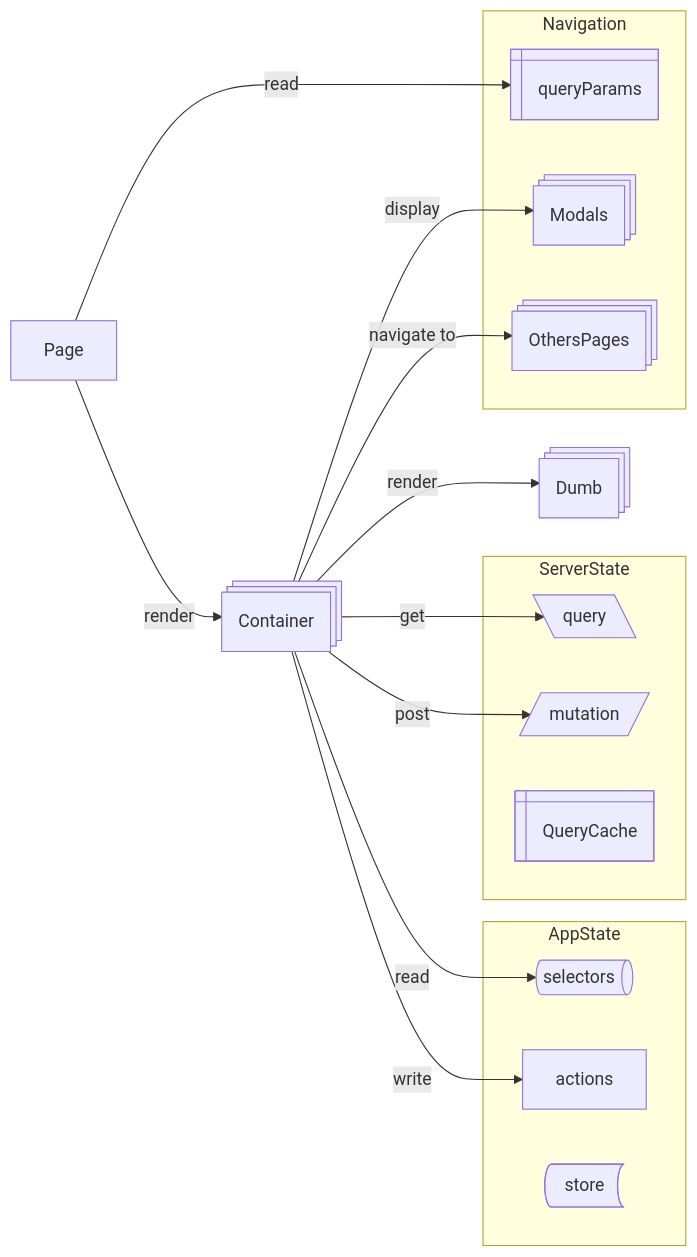
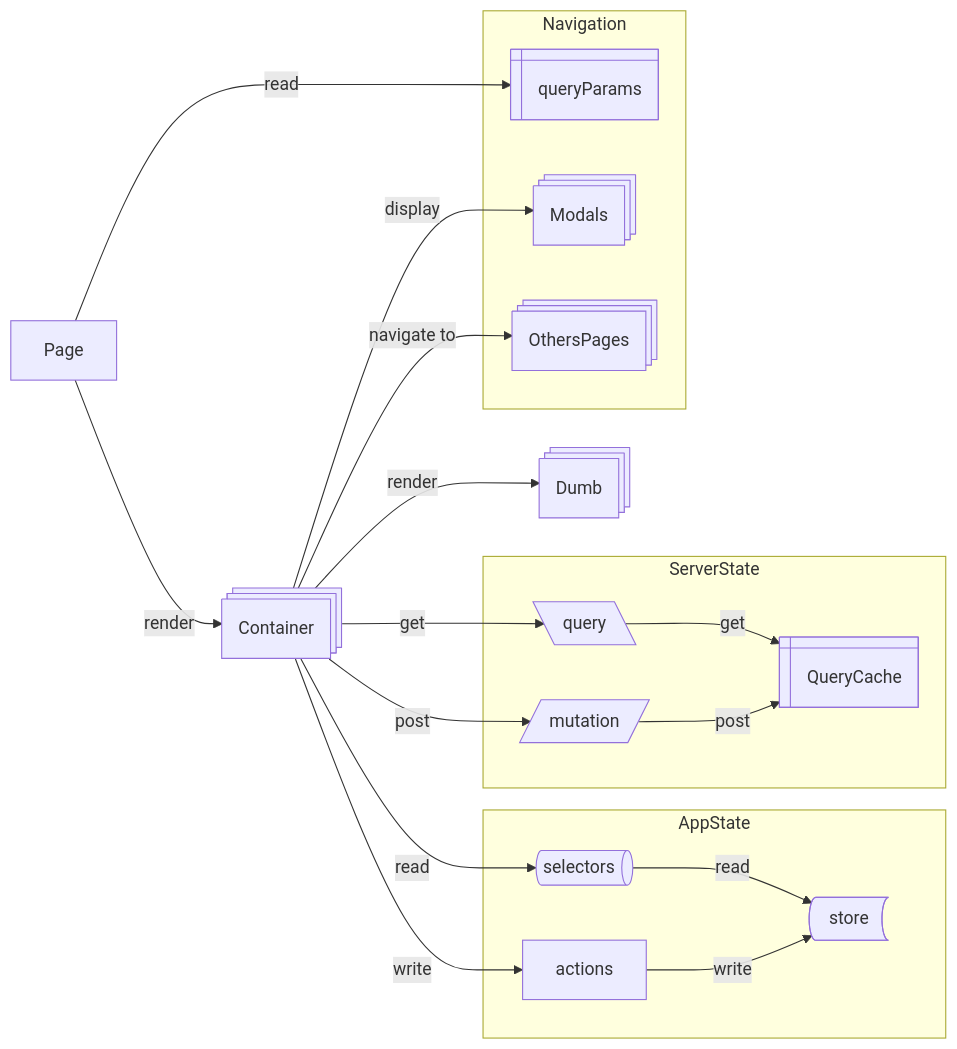
Before and after one commit to pass-culture/pass-culture-app-native: the fourth of 4 diagrams in audit.md, drawn with Mermaid.

````diff
--- a/audit.md
+++ b/audit.md
@@ -326,32 +326,38 @@
 ```mermaid
 flowchart LR
   subgraph AppState
     selectors@{ shape: das }
     actions
     store@{ shape: bow-rect }
+
+    selectors -->|read| store
+    actions -->|write| store
   end
 
   subgraph ServerState
     query@{ shape: lean-l }
     mutation@{ shape: lean-r }
     QueryCache@{ shape: win-pane }
+
+    query -->|get| QueryCache
+    mutation -->|post| QueryCache
   end
 
   subgraph Navigation
     queryParams@{ shape: win-pane }
     Modals@{ shape: processes }
     OthersPages@{ shape: processes }
   end
 
   Page
   -->|render| Container@{ shape: processes }
   -->|render| Dumb@{ shape: processes }
 
   Page -->|read| queryParams
   Container -->|read| selectors
   Container -->|write| actions
   Container -->|get| query
   Container -->|post| mutation
   Container -->|display| Modals
   Container -->|navigate to| OthersPages
 ```
````
